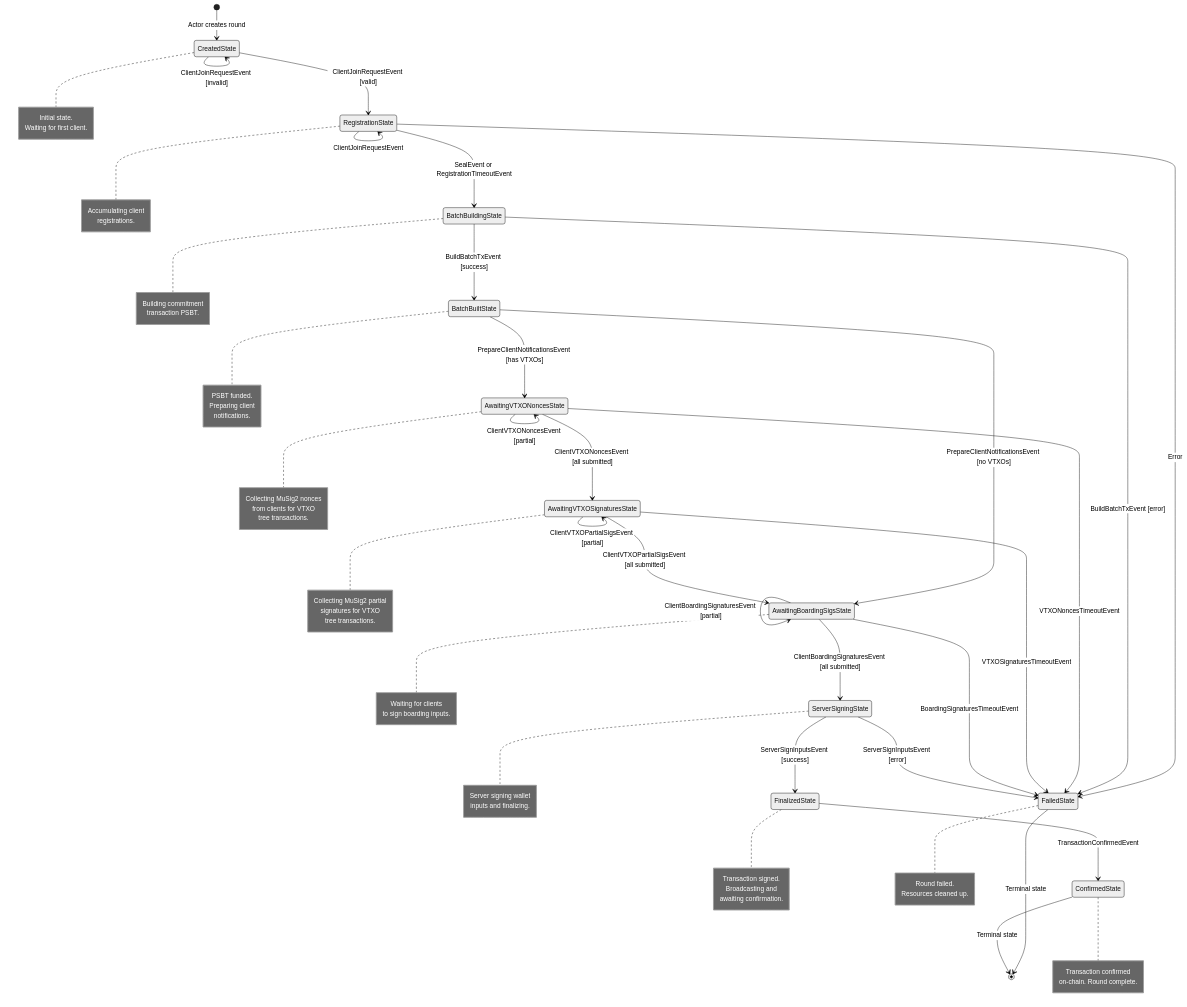
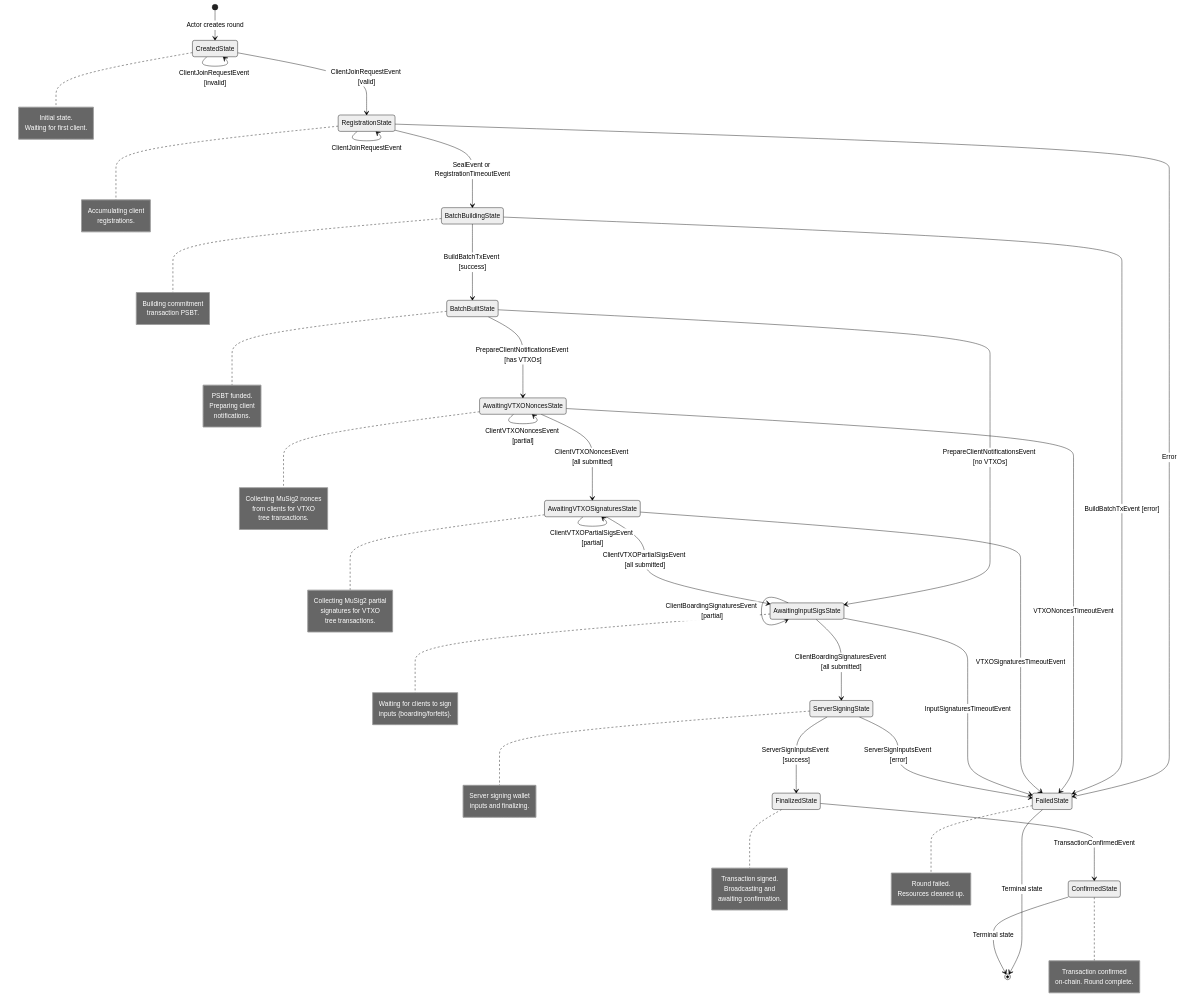
The diagram in rounds/README.md (lightninglabs/wavelength), drawn with Mermaid (neutral theme) before and after one commit. The commit also changed other lines of this file and 10 other files, not shown here.

First line of the commit message:
rounds: rename boarding sigs state/phase to input sigs

```diff
--- a/rounds/README.md
+++ b/rounds/README.md
@@ -27,19 +27,19 @@
     BatchBuildingState --> FailedState: BuildBatchTxEvent [error]
 
     BatchBuiltState --> AwaitingVTXONoncesState: PrepareClientNotificationsEvent [has VTXOs]
-    BatchBuiltState --> AwaitingBoardingSigsState: PrepareClientNotificationsEvent [no VTXOs]
+    BatchBuiltState --> AwaitingInputSigsState: PrepareClientNotificationsEvent [no VTXOs]
 
     AwaitingVTXONoncesState --> AwaitingVTXONoncesState: ClientVTXONoncesEvent [partial]
     AwaitingVTXONoncesState --> AwaitingVTXOSignaturesState: ClientVTXONoncesEvent [all submitted]
     AwaitingVTXONoncesState --> FailedState: VTXONoncesTimeoutEvent
 
     AwaitingVTXOSignaturesState --> AwaitingVTXOSignaturesState: ClientVTXOPartialSigsEvent [partial]
-    AwaitingVTXOSignaturesState --> AwaitingBoardingSigsState: ClientVTXOPartialSigsEvent [all submitted]
+    AwaitingVTXOSignaturesState --> AwaitingInputSigsState: ClientVTXOPartialSigsEvent [all submitted]
     AwaitingVTXOSignaturesState --> FailedState: VTXOSignaturesTimeoutEvent
 
-    AwaitingBoardingSigsState --> AwaitingBoardingSigsState: ClientBoardingSignaturesEvent [partial]
-    AwaitingBoardingSigsState --> ServerSigningState: ClientBoardingSignaturesEvent [all submitted]
-    AwaitingBoardingSigsState --> FailedState: BoardingSignaturesTimeoutEvent
+    AwaitingInputSigsState --> AwaitingInputSigsState: ClientBoardingSignaturesEvent [partial]
+    AwaitingInputSigsState --> ServerSigningState: ClientBoardingSignaturesEvent [all submitted]
+    AwaitingInputSigsState --> FailedState: InputSignaturesTimeoutEvent
 
     ServerSigningState --> FinalizedState: ServerSignInputsEvent [success]
     ServerSigningState --> FailedState: ServerSignInputsEvent [error]
@@ -82,9 +82,9 @@
         tree transactions.
     end note
 
-    note right of AwaitingBoardingSigsState
-        Waiting for clients
-        to sign boarding inputs.
+    note right of AwaitingInputSigsState
+        Waiting for clients to sign
+        inputs (boarding/forfeits).
     end note
 
     note right of ServerSigningState
```
